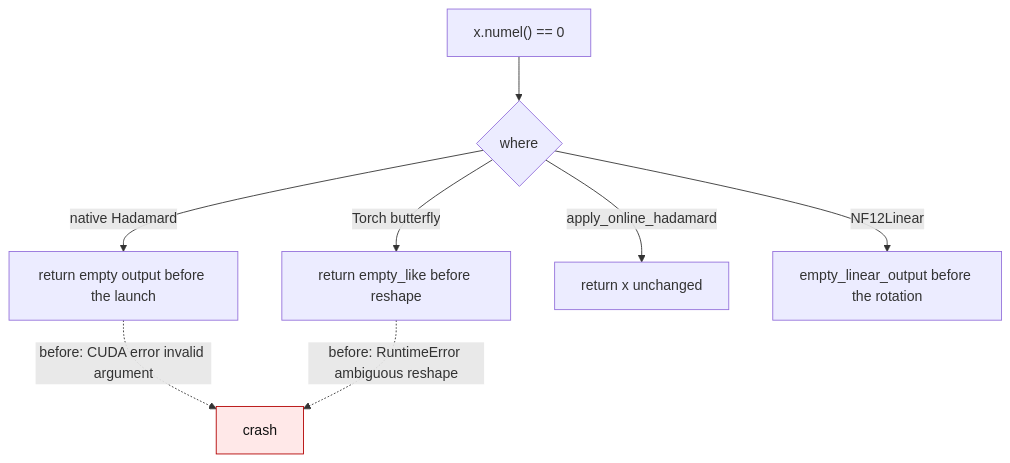
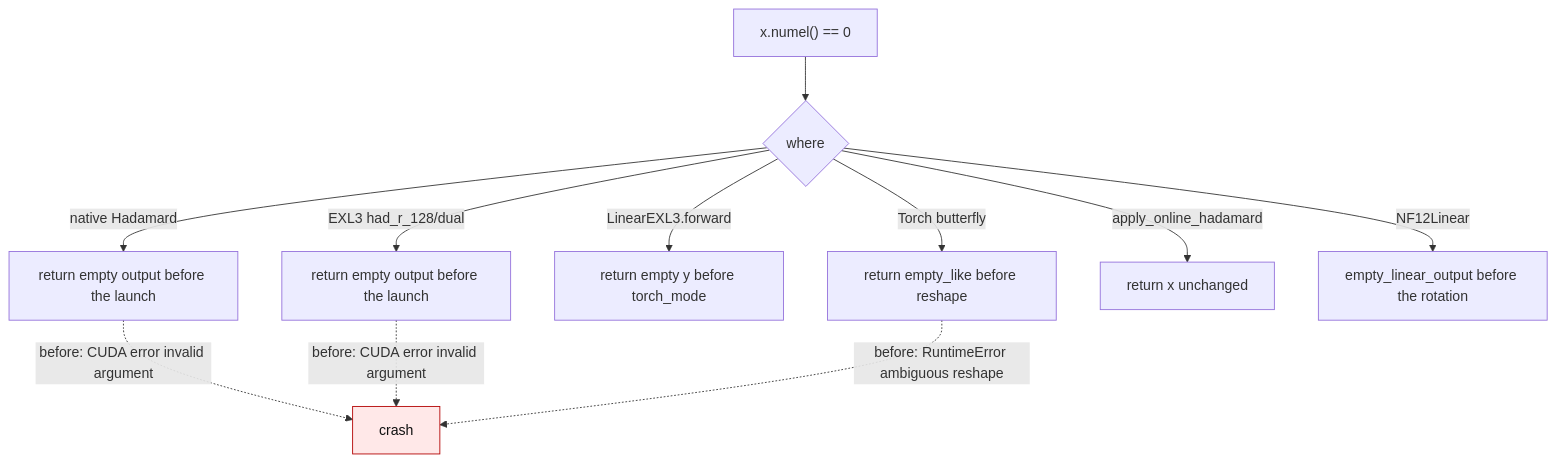
Before and after one commit to ModelCloud/GPTQModel: the sixth of 7 diagrams in docs/kernel-input-contiguity.md, drawn with Mermaid. The commit also changed other lines of this file and 3 other files, not shown here.

````diff
--- a/docs/kernel-input-contiguity.md
+++ b/docs/kernel-input-contiguity.md
@@ -135,12 +135,15 @@
 ```mermaid
 flowchart TD
     A["x.numel() == 0"] --> B{"where"}
     B -- native Hadamard --> C["return empty output before the launch"]
+    B -- EXL3 had_r_128/dual --> G["return empty output before the launch"]
+    B -- LinearEXL3.forward --> H["return empty y before torch_mode"]
     B -- Torch butterfly --> D["return empty_like before reshape"]
     B -- apply_online_hadamard --> E["return x unchanged"]
     B -- NF12Linear --> F["empty_linear_output before the rotation"]
     classDef failure fill:#ffe8e8,stroke:#b30000,color:#111;
     C -. "before: CUDA error invalid argument" .-> X["crash"]
+    G -. "before: CUDA error invalid argument" .-> X
     D -. "before: RuntimeError ambiguous reshape" .-> X
     class X failure;
 ```
````
